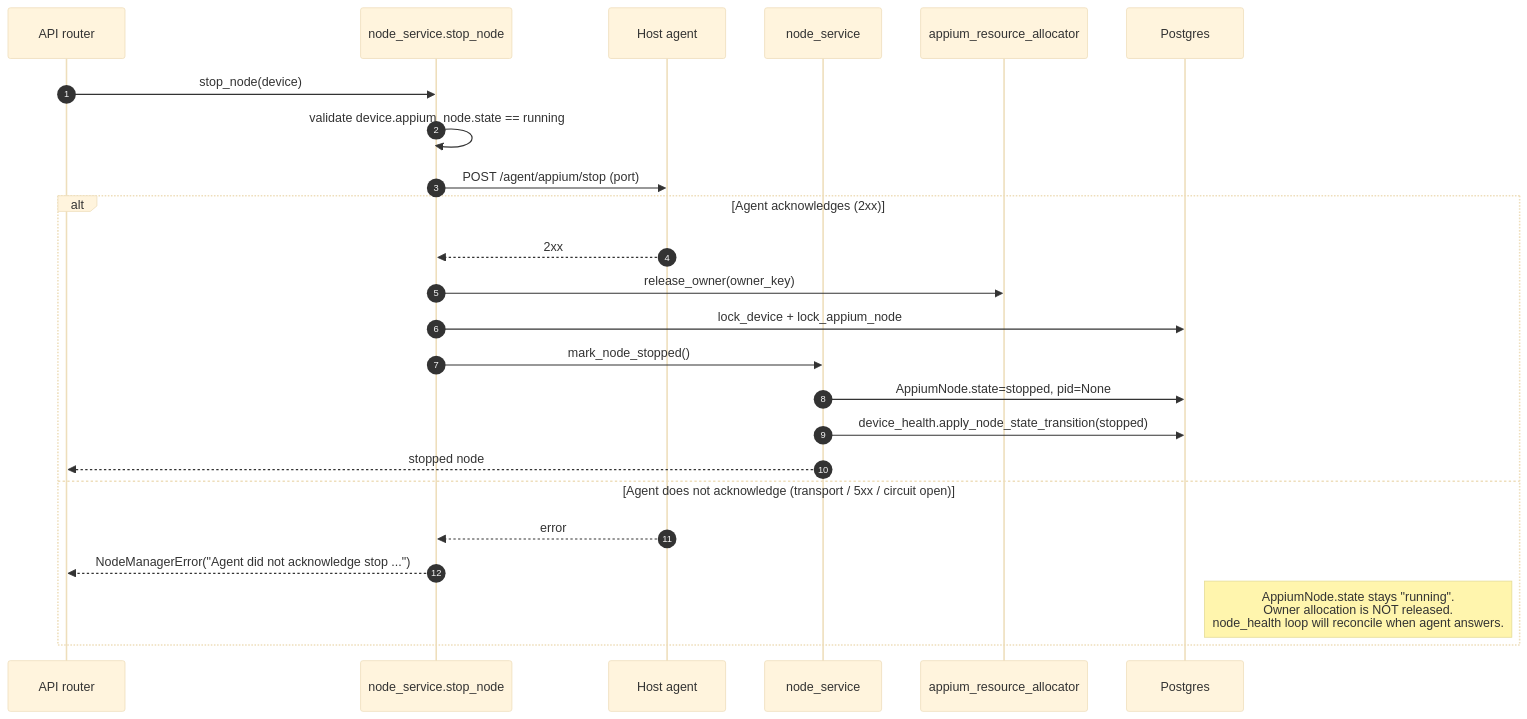
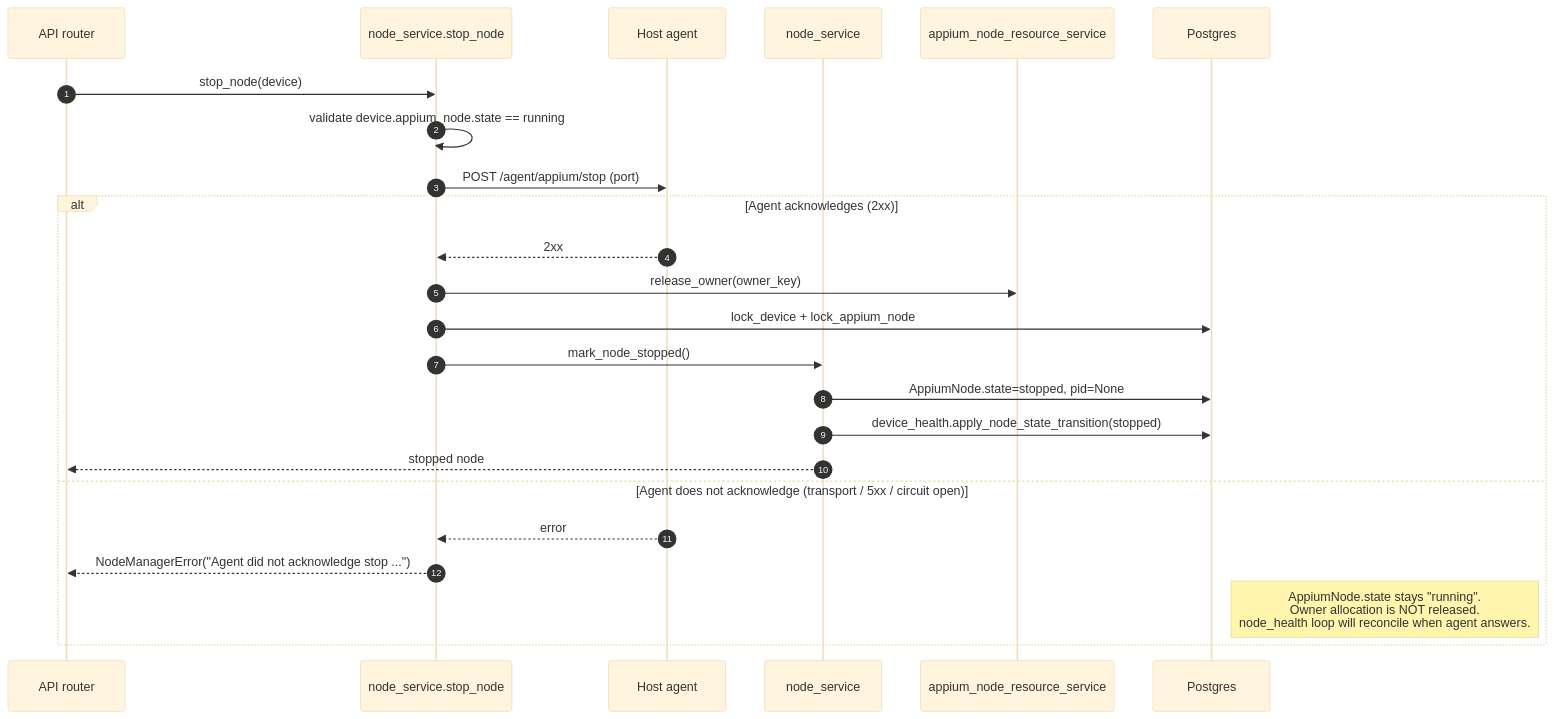
One commit to quidow/gridfleet changed the third of 5 diagrams in docs/design/02-node-lifecycle.md. Above: the diagram before and after it, drawn with Mermaid (base theme). The commit also changed other lines of this file and 5 other files, not shown here.

First line of the commit message:
docs(docs): refresh design doc citations after node_service consolidation

````diff
--- a/docs/design/02-node-lifecycle.md
+++ b/docs/design/02-node-lifecycle.md
@@ -105,27 +105,27 @@
 ```mermaid
 sequenceDiagram
     autonumber
     participant API as API router
     participant NM as node_service.stop_node
     participant Agent as Host agent
     participant State as node_service
-    participant Alloc as appium_resource_allocator
+    participant Alloc as appium_node_resource_service
     participant Pg as Postgres
 
     API->>NM: stop_node(device)
     NM->>NM: validate device.appium_node.state == running
     NM->>Agent: POST /agent/appium/stop (port)
     alt Agent acknowledges (2xx)
         Agent-->>NM: 2xx
         NM->>Alloc: release_owner(owner_key)
         NM->>Pg: lock_device + lock_appium_node
         NM->>State: mark_node_stopped()
         State->>Pg: AppiumNode.state=stopped, pid=None
         State->>Pg: device_health.apply_node_state_transition(stopped)
         State-->>API: stopped node
     else Agent does not acknowledge (transport / 5xx / circuit open)
         Agent-->>NM: error
         NM-->>API: NodeManagerError("Agent did not acknowledge stop ...")
         Note right of Pg: AppiumNode.state stays "running".<br/>Owner allocation is NOT released.<br/>node_health loop will reconcile when agent answers.
     end
 ```
````
